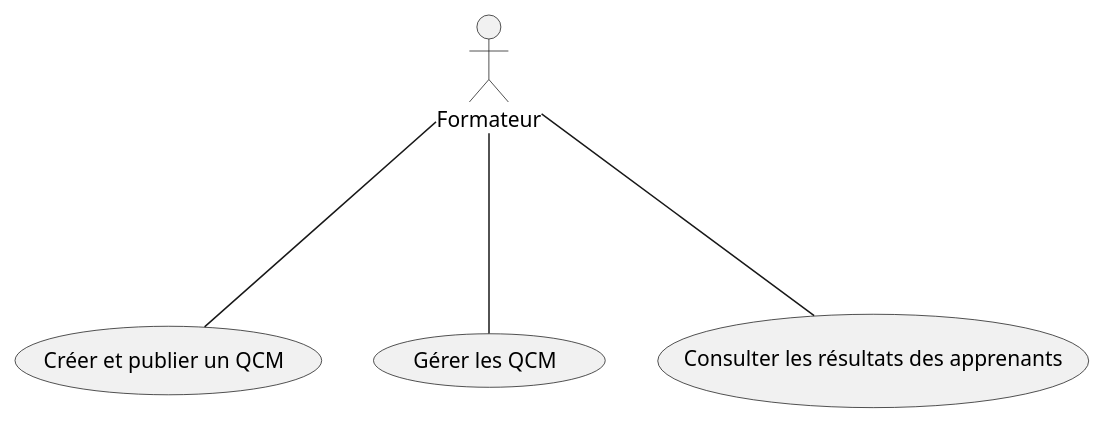
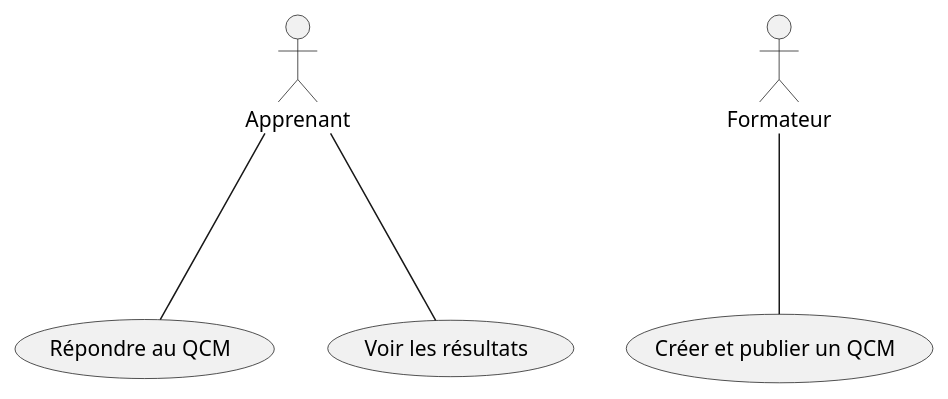
The diagram in Branch-Foctionelle/Analyse/Use-Case-Sprint-1.puml (dinadehbi/Fille-Rouge-Soli-LMS), drawn with PlantUML before and after one commit. The commit also changed 5 other files, not shown here.

Commit message:
Modifier le diagramme de cas-d'utilisation

```diff
--- a/Branch-Foctionelle/Analyse/Use-Case-Sprint-1.puml
+++ b/Branch-Foctionelle/Analyse/Use-Case-Sprint-1.puml
@@ -1,12 +1,13 @@
 @startuml
-
+actor Apprenant
 actor Formateur
 
+usecase "Répondre au QCM" as UC1
 usecase "Créer et publier un QCM" as UC4
-usecase "Gérer les QCM" as UC5
-usecase "Consulter les résultats des apprenants" as UC6
+usecase "Voir les résultats" as UC2
+
+Apprenant -down-- UC1
+Apprenant -down-- UC2
 
 Formateur -down-- UC4
-Formateur -down-- UC5
-Formateur -down-- UC6
 @enduml
```
